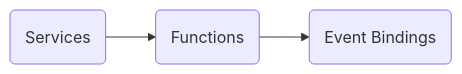
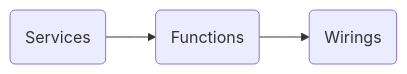
Before and after one commit to pikkujs/website: the second of 5 diagrams in docs/concepts/index.md, drawn with Mermaid. The commit also changed other lines of this file and 24 other files, not shown here.

````diff
--- a/docs/concepts/index.md
+++ b/docs/concepts/index.md
@@ -73,7 +73,7 @@
 ```mermaid
 flowchart LR
   Services(Services)
   Functions(Functions)
-  Bindings(Event Bindings)
-  Services --> Functions --> Bindings
+  Wirings(Wirings)
+  Services --> Functions --> Wirings
 ```
````
